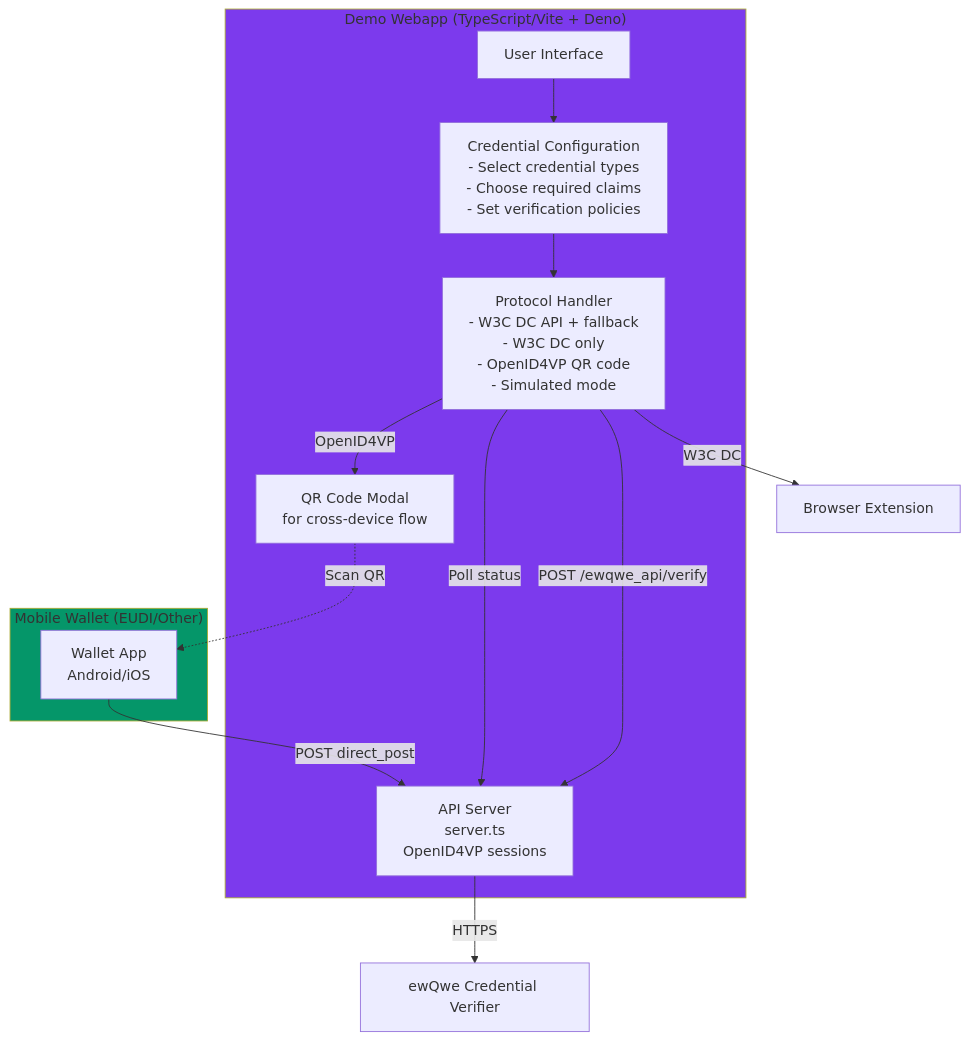
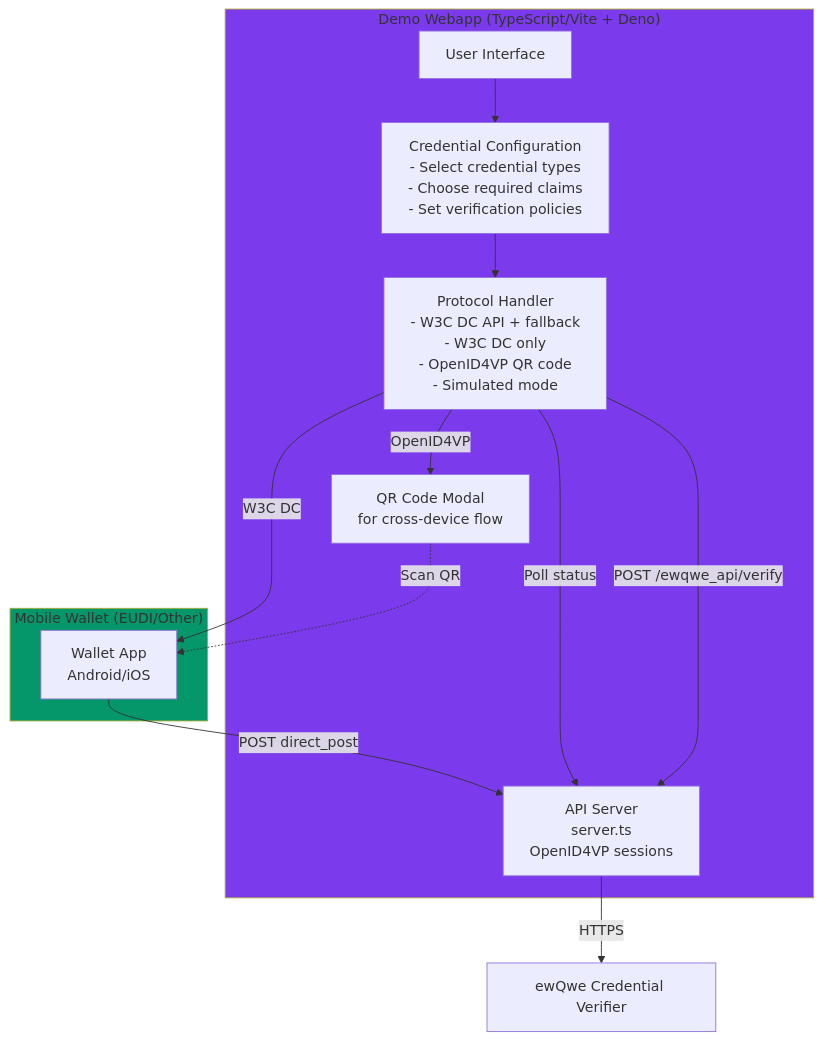
One commit to rd-ewqwe/ewqwe-identity changed the first of 4 diagrams in documentation/src/demo_webapp.md. Above: the diagram before and after it, drawn with Mermaid. The commit also changed other lines of this file and 30 other files, not shown here.

````diff
--- a/documentation/src/demo_webapp.md
+++ b/documentation/src/demo_webapp.md
@@ -25,27 +24,27 @@
 ```mermaid
 flowchart TB
     subgraph Webapp["Demo Webapp (TypeScript/Vite + Deno)"]
         UI[User Interface]
         CredConfig[Credential Configuration<br/>- Select credential types<br/>- Choose required claims<br/>- Set verification policies]
         Protocol[Protocol Handler<br/>- W3C DC API + fallback<br/>- W3C DC only<br/>- OpenID4VP QR code<br/>- Simulated mode]
         QRModal[QR Code Modal<br/>for cross-device flow]
         APIServer[API Server<br/>server.ts<br/>OpenID4VP sessions]
     end
 
     subgraph MobileWallet["Mobile Wallet (EUDI/Other)"]
         WalletApp[Wallet App<br/>Android/iOS]
     end
 
     UI --> CredConfig
     CredConfig --> Protocol
-    Protocol -->|W3C DC| BrowserExt[Browser Extension]
+    Protocol -->|W3C DC| WalletApp
     Protocol -->|OpenID4VP| QRModal
     QRModal -.->|Scan QR| WalletApp
     WalletApp -->|POST direct_post| APIServer
     Protocol -->|Poll status| APIServer
     Protocol -->|POST /ewqwe_api/verify| APIServer
     APIServer -->|HTTPS| CredVerifier[ewQwe Credential Verifier]
 
     style Webapp fill:#7c3aed
     style MobileWallet fill:#059669
 ```
````
